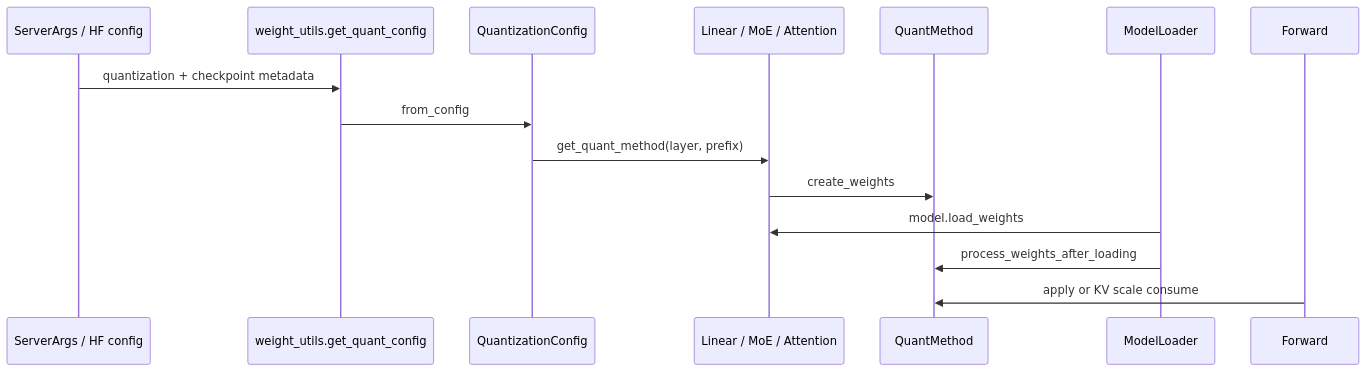
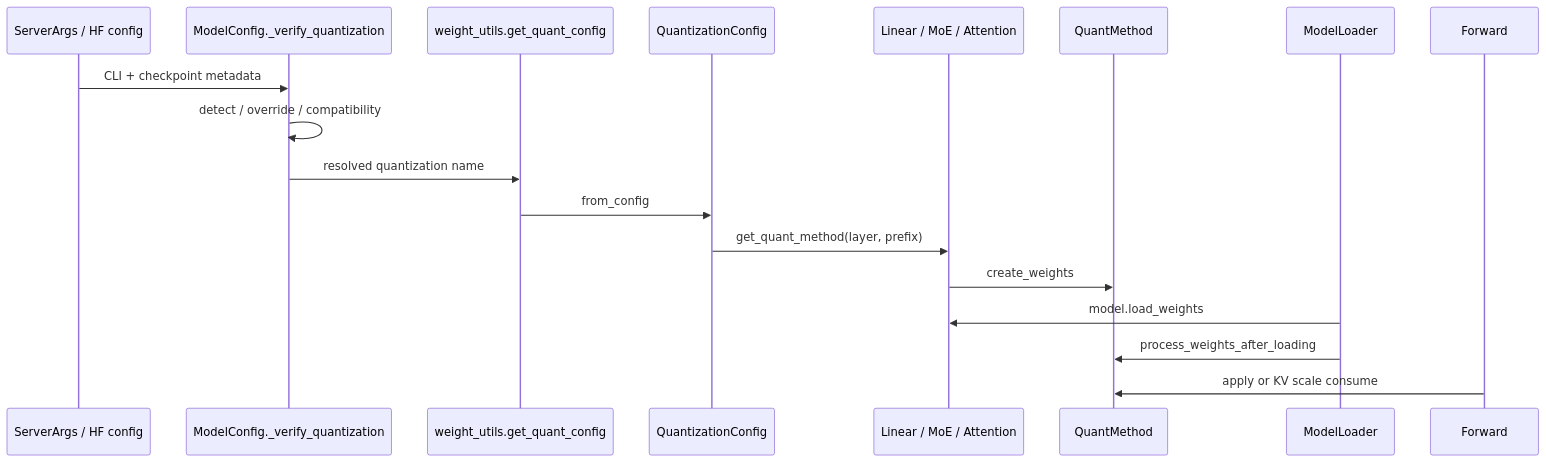
The diagram in sglang_reading/内存与Attention/Quantization/SGLang-Quantization-源码走读.md (OnlyHero5/sglang-reading-vault), drawn with Mermaid before and after one commit. The commit also changed other lines of this file and 512 other files, not shown here.

````diff
--- a/sglang_reading/内存与Attention/Quantization/SGLang-Quantization-源码走读.md
+++ b/sglang_reading/内存与Attention/Quantization/SGLang-Quantization-源码走读.md
@@ -43,18 +43,21 @@
 ```mermaid
 sequenceDiagram
     participant U as ServerArgs / HF config
+    participant C as ModelConfig._verify_quantization
     participant W as weight_utils.get_quant_config
     participant Q as QuantizationConfig
     participant L as Linear / MoE / Attention
     participant M as QuantMethod
     participant Loader as ModelLoader
     participant F as Forward
 
-    U->>W: quantization + checkpoint metadata
+    U->>C: CLI + checkpoint metadata
+    C->>C: detect / override / compatibility
+    C->>W: resolved quantization name
     W->>Q: from_config
     Q->>L: get_quant_method(layer, prefix)
     L->>M: create_weights
     Loader->>L: model.load_weights
     Loader->>M: process_weights_after_loading
     F->>M: apply or KV scale consume
 ```
````
